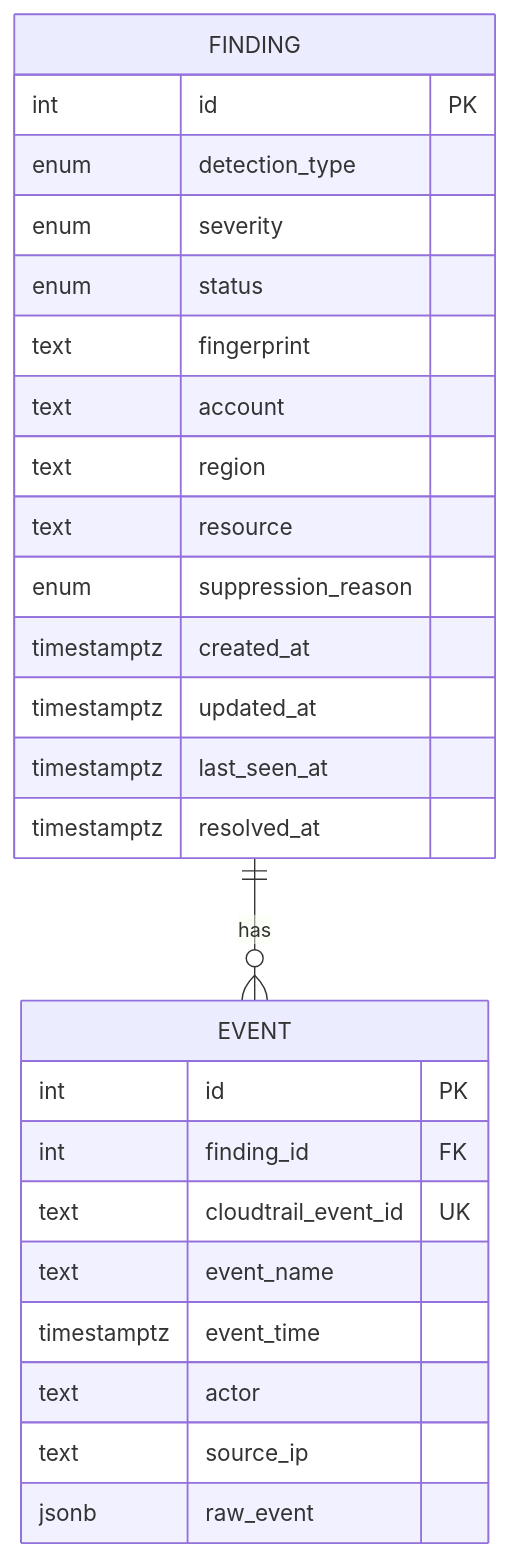
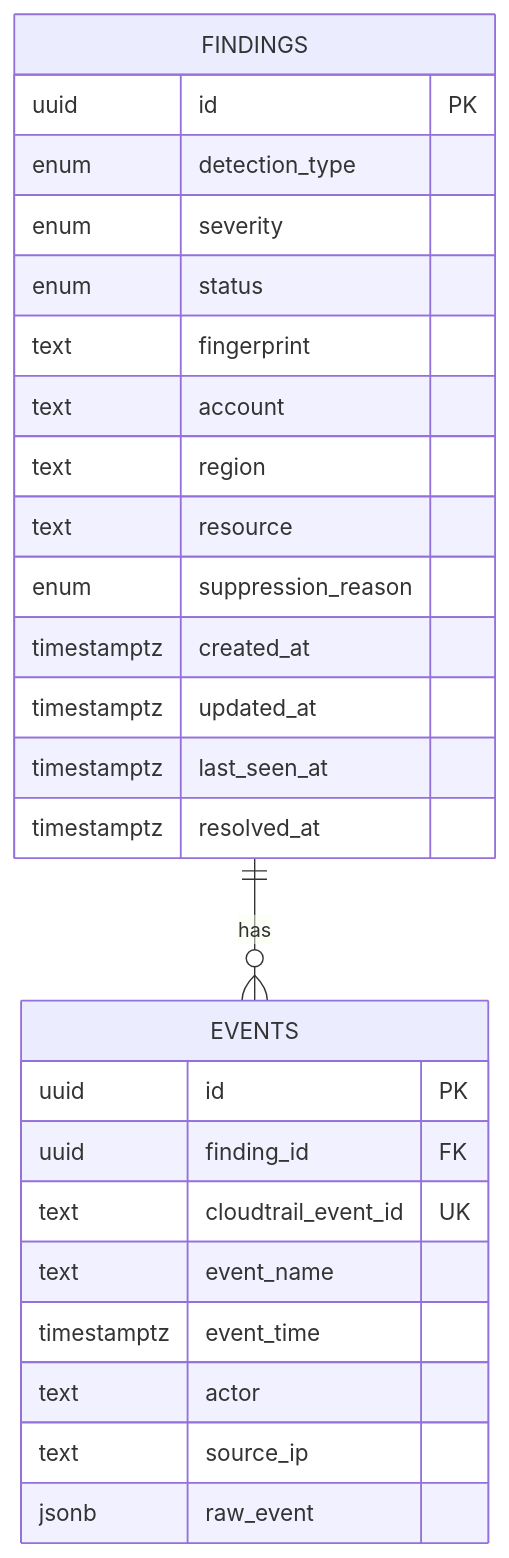
Before and after one commit to Zach-Maestas/aws-security-findings-platform: the first of 2 diagrams in docs/data-model.md, drawn with Mermaid. The commit also changed other lines of this file and 6 other files, not shown here.

````diff
--- a/docs/data-model.md
+++ b/docs/data-model.md
@@ -9,29 +6,29 @@
 ```mermaid
 erDiagram
-    FINDING ||--o{ EVENT : "has"
-    FINDING {
-        int id PK
+    FINDINGS ||--o{ EVENTS : "has"
+    FINDINGS {
+        uuid id PK
         enum detection_type
         enum severity
         enum status
         text fingerprint
         text account
         text region
         text resource
         enum suppression_reason
         timestamptz created_at
         timestamptz updated_at
         timestamptz last_seen_at
         timestamptz resolved_at
     }
-    EVENT {
-        int id PK
-        int finding_id FK
+    EVENTS {
+        uuid id PK
+        uuid finding_id FK
         text cloudtrail_event_id UK
         text event_name
         timestamptz event_time
         text actor
         text source_ip
         jsonb raw_event
     }
 ```
````
